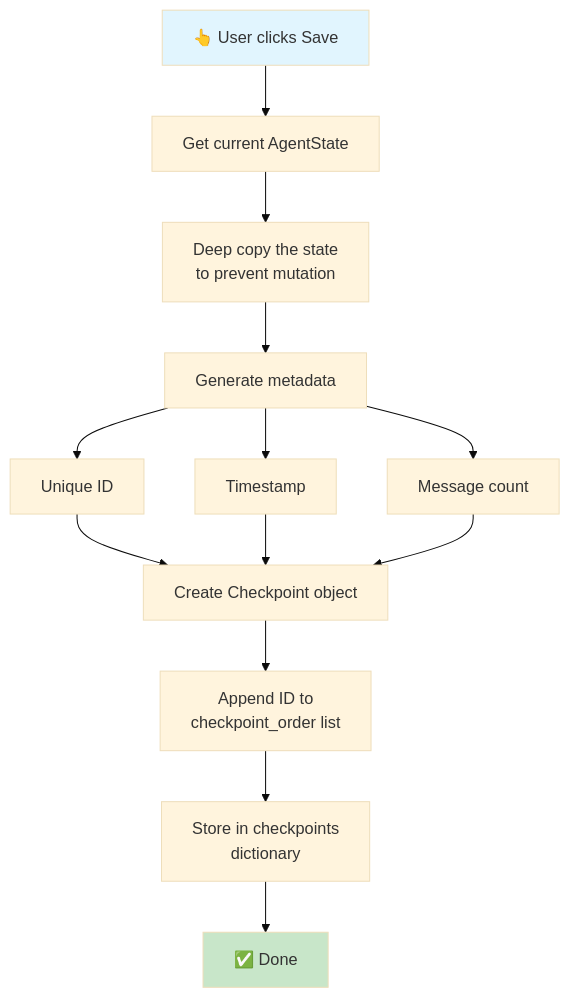
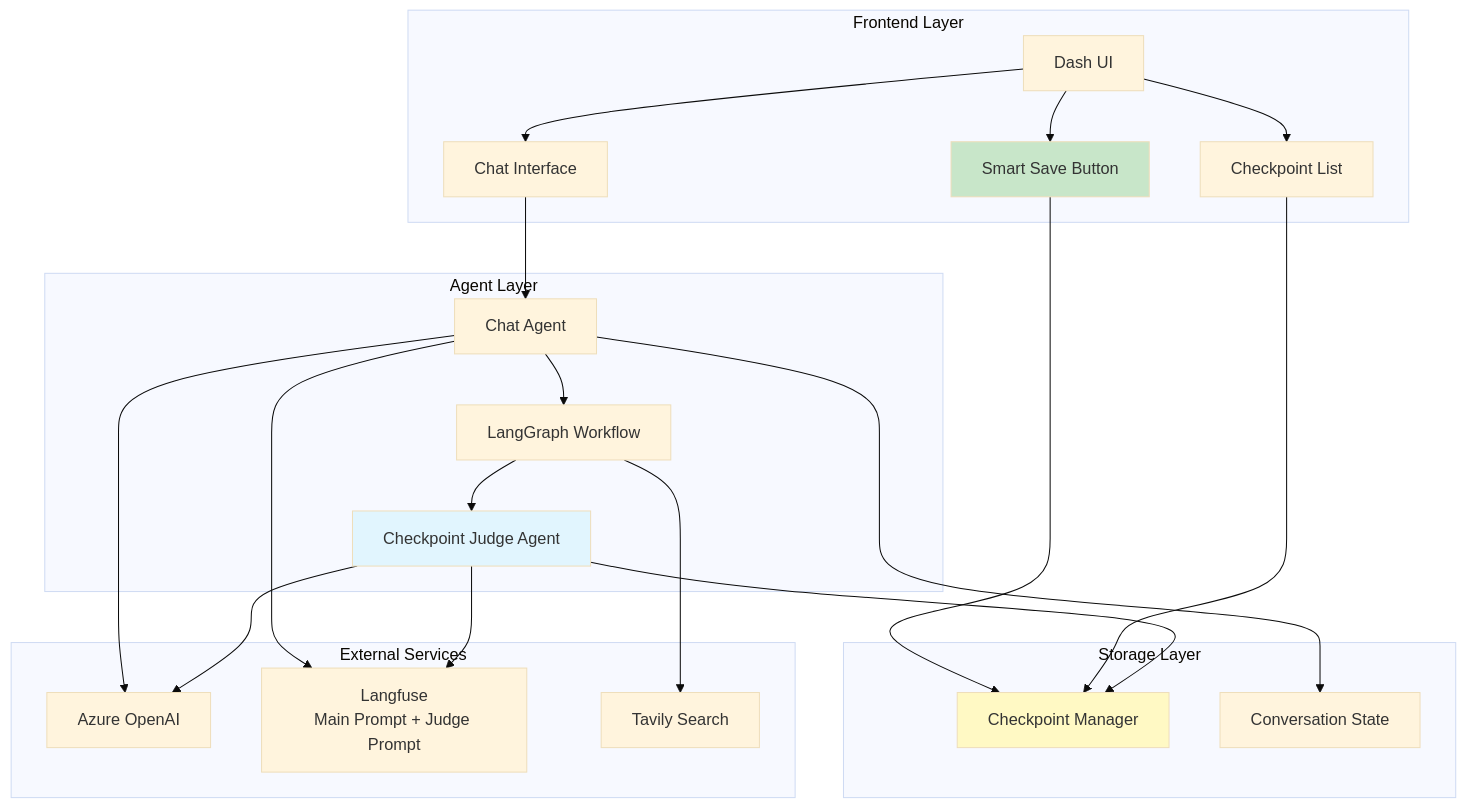
The third of 21 diagrams in docs/TIME_TRAVEL.md (Panegyric0926/checkpoint), drawn with Mermaid (base theme) before and after one commit. The commit also changed other lines of this file and 5 other files, not shown here.

````diff
--- a/docs/TIME_TRAVEL.md
+++ b/docs/TIME_TRAVEL.md
@@ -103,16 +120,49 @@
 ```mermaid
-flowchart TD
-    A[👆 User clicks Save] --> B[Get current AgentState]
-    B --> C[Deep copy the state<br/>to prevent mutation]
-    C --> D[Generate metadata]
-    D --> D1[Unique ID]
-    D --> D2[Timestamp]
-    D --> D3[Message count]
-    D1 & D2 & D3 --> E[Create Checkpoint object]
-    E --> F[Append ID to<br/>checkpoint_order list]
-    F --> G[Store in checkpoints<br/>dictionary]
-    G --> H[✅ Done]
+graph TB
+    subgraph "Frontend Layer"
+        UI[Dash UI]
+        ChatBox[Chat Interface]
+        CPList[Checkpoint List]
+        SaveBtn[Smart Save Button]
+    end
     
-    style A fill:#e1f5fe
-    style H fill:#c8e6c9
+    subgraph "Agent Layer"
+        Agent[Chat Agent]
+        Graph[LangGraph Workflow]
+        Judge[Checkpoint Judge Agent]
+    end
+    
+    subgraph "Storage Layer"
+        CPMgr[Checkpoint Manager]
+        State[Conversation State]
+    end
+    
+    subgraph "External Services"
+        Azure[Azure OpenAI]
+        Langfuse[Langfuse<br/>Main Prompt + Judge Prompt]
+        Tavily[Tavily Search]
+    end
+    
+    UI --> ChatBox
+    UI --> CPList
+    UI --> SaveBtn
+    
+    ChatBox --> Agent
+    SaveBtn --> CPMgr
+    CPList --> CPMgr
+    
+    Agent --> Graph
+    Graph --> Judge
+    Judge --> CPMgr
+    Agent --> State
+    
+    Agent --> Azure
+    Judge --> Azure
+    Agent --> Langfuse
+    Judge --> Langfuse
+    Graph --> Tavily
+    
+    style Judge fill:#e1f5fe
+    style SaveBtn fill:#c8e6c9
+    style CPMgr fill:#fff9c4
 ```
````
